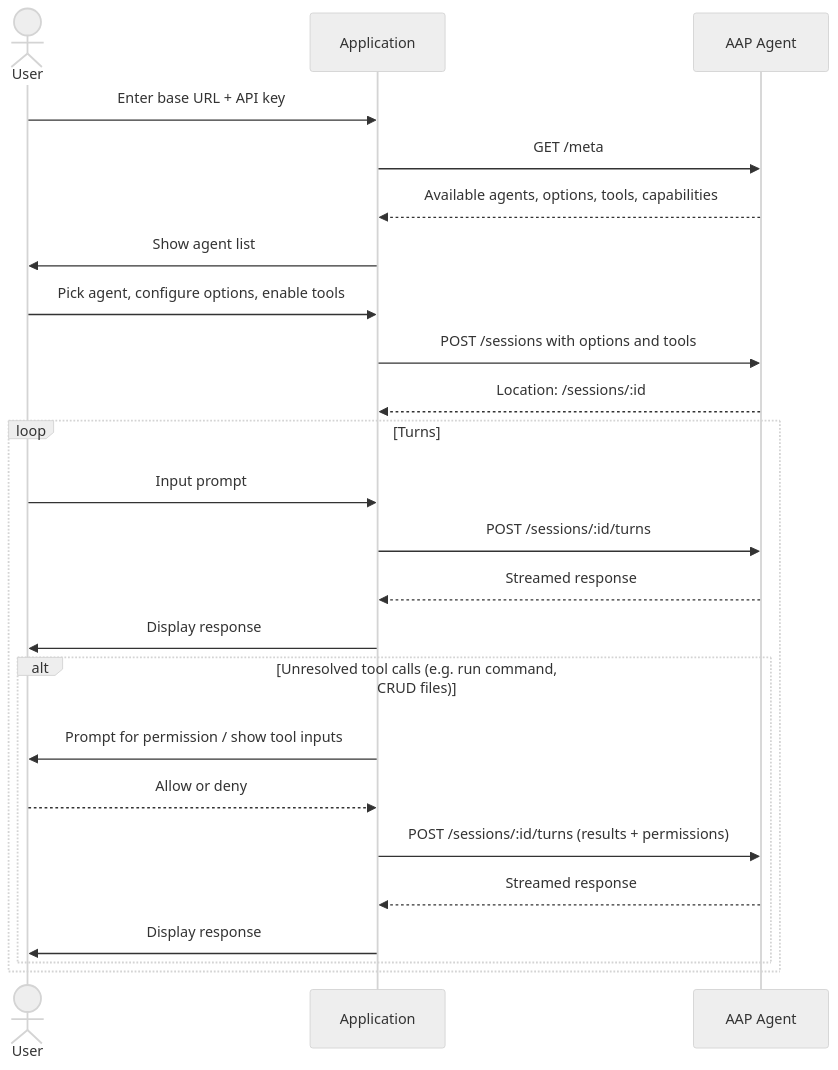
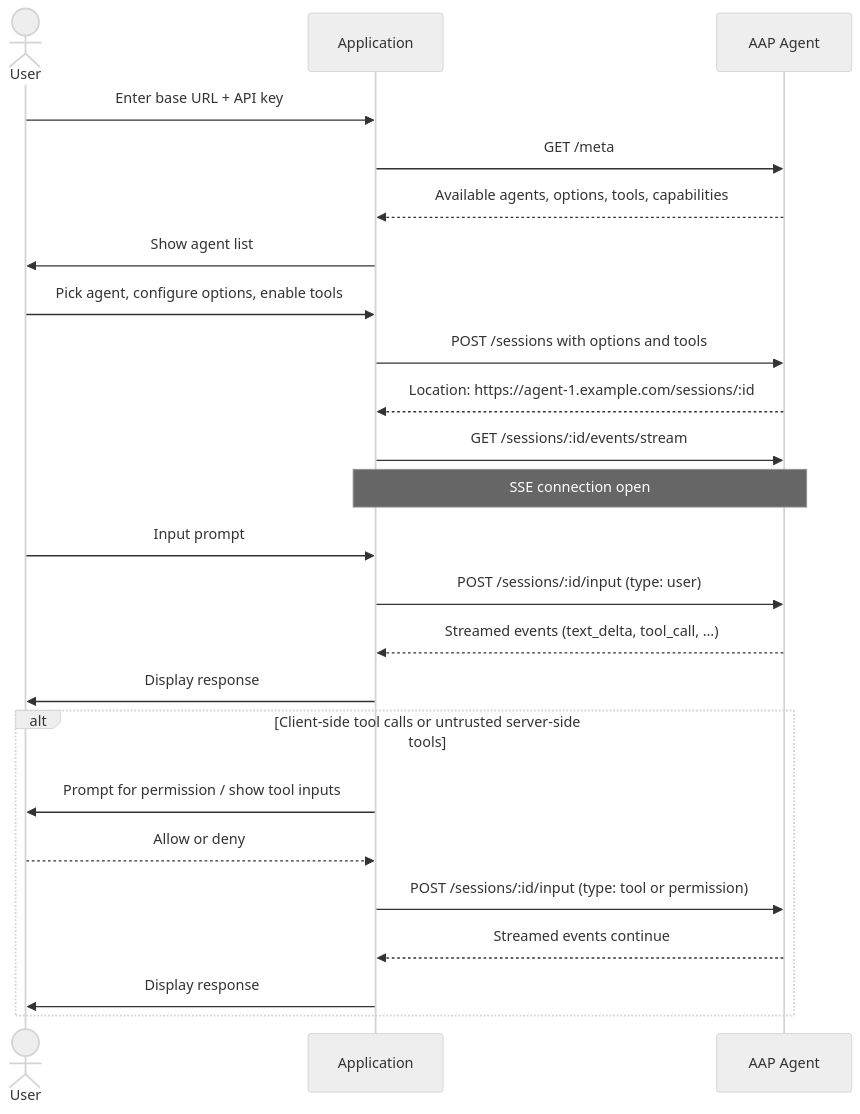
One commit to agentapplicationprotocol/agent-application-protocol changed the diagram in docs/build-an-open-app.md. Above: the diagram before and after it, drawn with Mermaid (neutral theme). The commit also changed other lines of this file and 27 other files, not shown here.

````diff
--- a/docs/build-an-open-app.md
+++ b/docs/build-an-open-app.md
@@ -45,27 +45,27 @@
 ```mermaid
 sequenceDiagram
     actor User
     participant App as Application
     participant Agent as AAP Agent
 
     User->>App: Enter base URL + API key
     App->>Agent: GET /meta
     Agent-->>App: Available agents, options, tools, capabilities
     App->>User: Show agent list
     User->>App: Pick agent, configure options, enable tools
     App->>Agent: POST /sessions with options and tools
-    Agent-->>App: Location: /sessions/:id
-    loop Turns
-        User->>App: Input prompt
-        App->>Agent: POST /sessions/:id/turns
-        Agent-->>App: Streamed response
+    Agent-->>App: Location: https://agent-1.example.com/sessions/:id
+    App->>Agent: GET /sessions/:id/events/stream
+    Note over App,Agent: SSE connection open
+    User->>App: Input prompt
+    App->>Agent: POST /sessions/:id/input (type: user)
+    Agent-->>App: Streamed events (text_delta, tool_call, …)
+    App->>User: Display response
+    alt Client-side tool calls or untrusted server-side tools
+        App->>User: Prompt for permission / show tool inputs
+        User-->>App: Allow or deny
+        App->>Agent: POST /sessions/:id/input (type: tool or permission)
+        Agent-->>App: Streamed events continue
         App->>User: Display response
-        alt Unresolved tool calls (e.g. run command, CRUD files)
-            App->>User: Prompt for permission / show tool inputs
-            User-->>App: Allow or deny
-            App->>Agent: POST /sessions/:id/turns (results + permissions)
-            Agent-->>App: Streamed response
-            App->>User: Display response
-        end
     end
 ```
````
